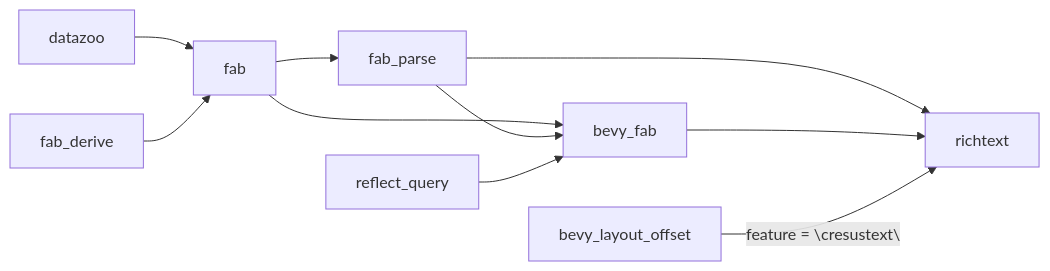
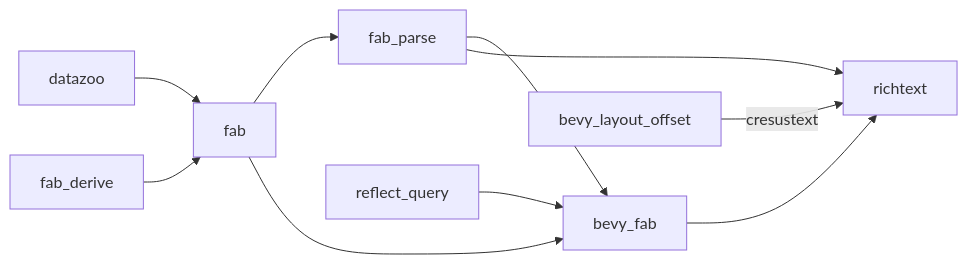
One commit to nicopap/cuicui changed the diagram in Readme.md. Above: the diagram before and after it, drawn with Mermaid. The commit also changed other lines of this file, not shown here.

Commit message:
Minor readme fixup

````diff
--- a/Readme.md
+++ b/Readme.md
@@ -89,18 +89,18 @@
 ```mermaid
 flowchart LR
   datazoo["datazoo"]
   fab_derive["fab_derive"]
   fab["fab"]
   fab_parse["fab_parse"]
   reflect_query["reflect_query"]
   bevy_fab["bevy_fab"]
   richtext["richtext"]
   bevy_layout_offset["bevy_layout_offset"]
   datazoo --> fab
   fab_derive --> fab
   fab --> fab_parse & bevy_fab
+  reflect_query --> bevy_fab
   fab_parse --> bevy_fab & richtext
-  reflect_query --> bevy_fab
   bevy_fab --> richtext
-  bevy_layout_offset-->|"feature = \"cresustext\""|richtext
+  bevy_layout_offset-->|"cresustext"|richtext
 ```
````
